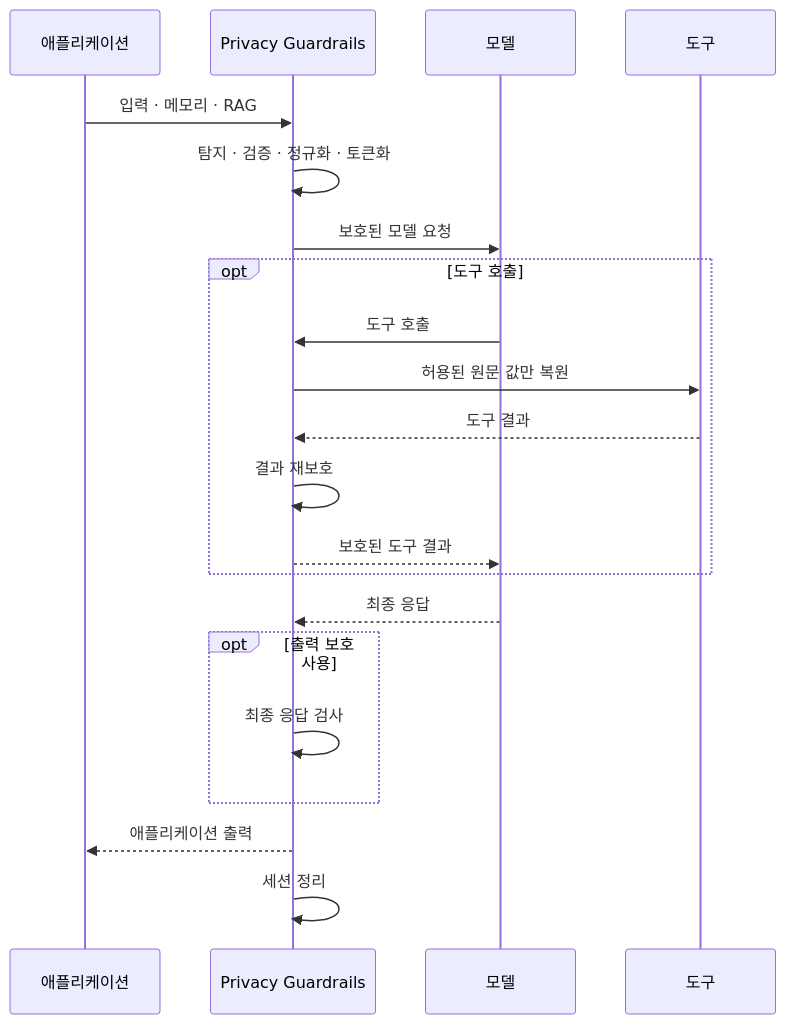
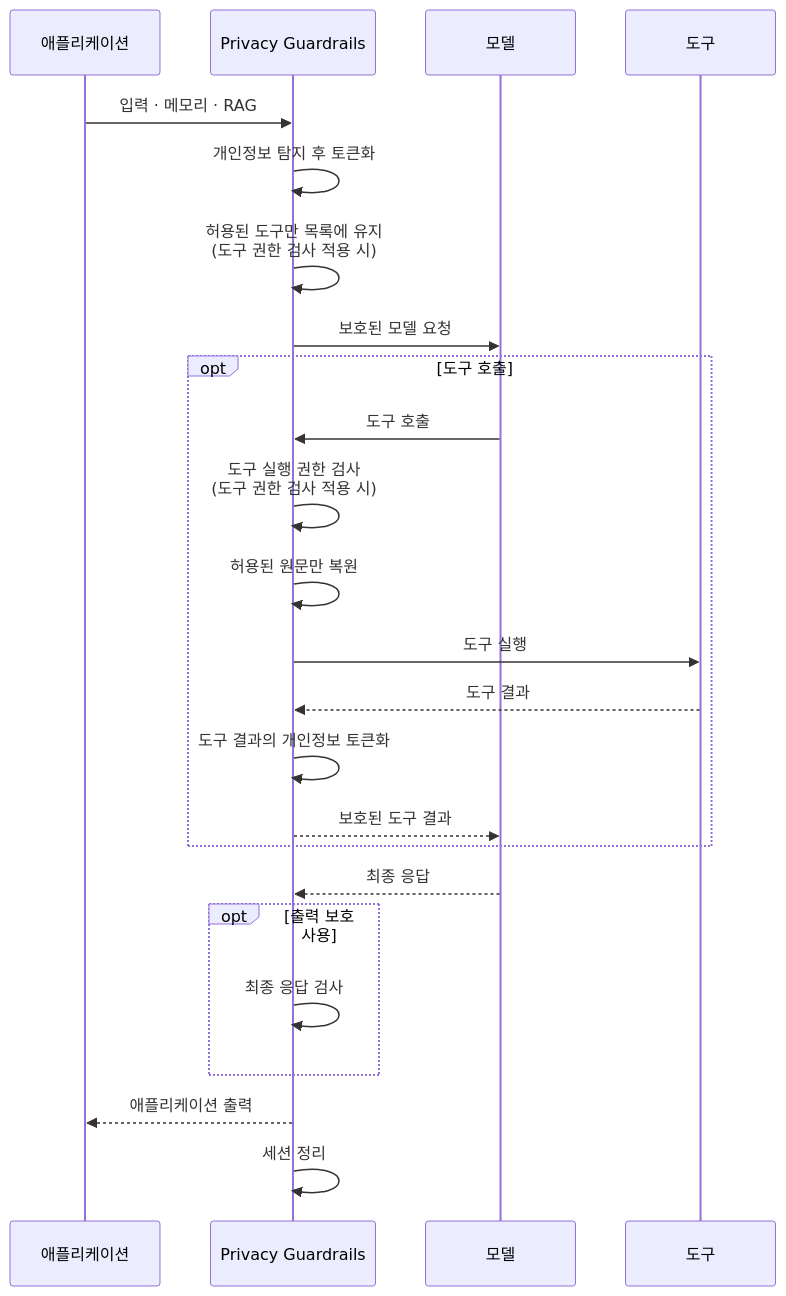
The third of 4 diagrams in docs/ko/architecture.md (ultramancode/spring-ai-privacy-guardrails), drawn with Mermaid before and after one commit. The commit also changed other lines of this file and 61 other files, not shown here.

````diff
--- a/docs/ko/architecture.md
+++ b/docs/ko/architecture.md
@@ -143,28 +147,35 @@
 ```mermaid
 sequenceDiagram
     participant A as 애플리케이션
     participant P as Privacy Guardrails
     participant M as 모델
     participant T as 도구
 
     A->>P: 입력 · 메모리 · RAG
-    P->>P: 탐지 · 검증 · 정규화 · 토큰화
+    P->>P: 개인정보 탐지 후 토큰화
+
+    P->>P: 허용된 도구만 목록에 유지<br/>(도구 권한 검사 적용 시)
+
     P->>M: 보호된 모델 요청
 
     opt 도구 호출
         M->>P: 도구 호출
-        P->>T: 허용된 원문 값만 복원
+
+        P->>P: 도구 실행 권한 검사<br/>(도구 권한 검사 적용 시)
+
+        P->>P: 허용된 원문만 복원
+        P->>T: 도구 실행
         T-->>P: 도구 결과
-        P->>P: 결과 재보호
+        P->>P: 도구 결과의 개인정보 토큰화
         P-->>M: 보호된 도구 결과
     end
 
     M-->>P: 최종 응답
 
     opt 출력 보호 사용
         P->>P: 최종 응답 검사
     end
 
     P-->>A: 애플리케이션 출력
     P->>P: 세션 정리
 ```
````
